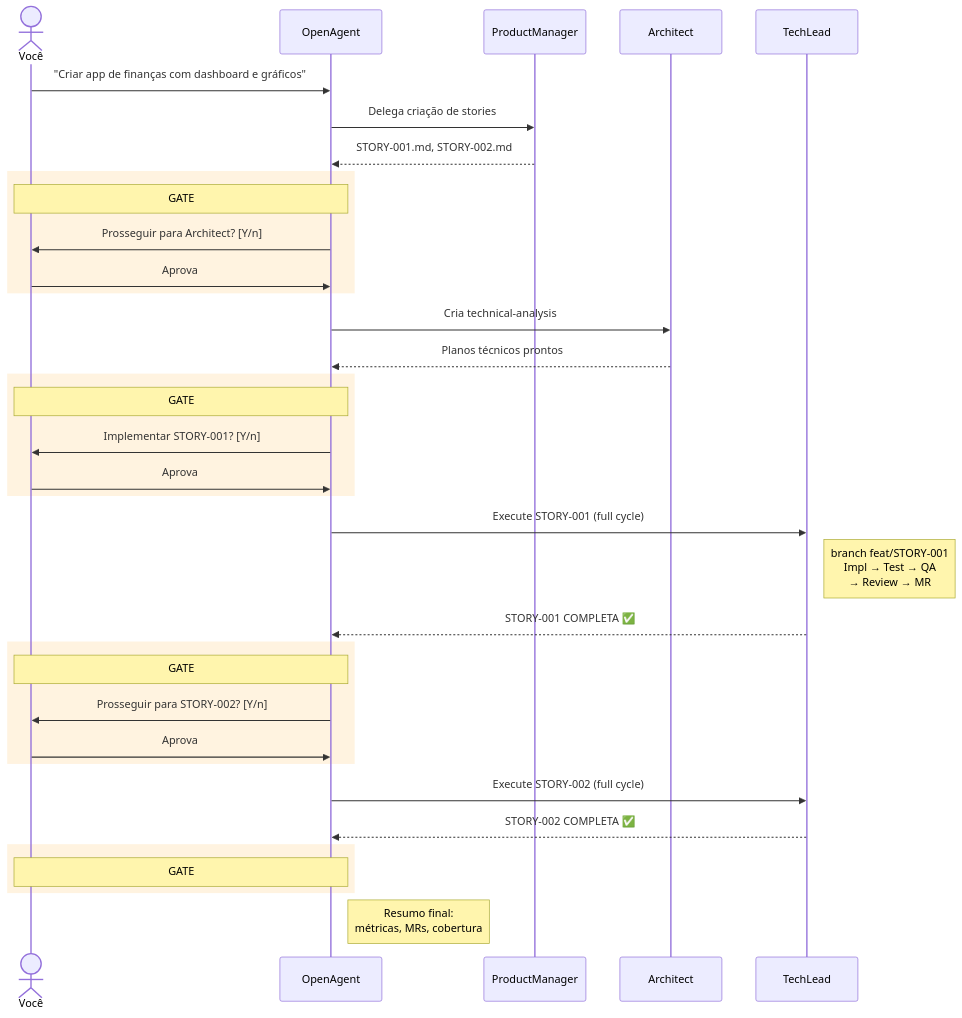
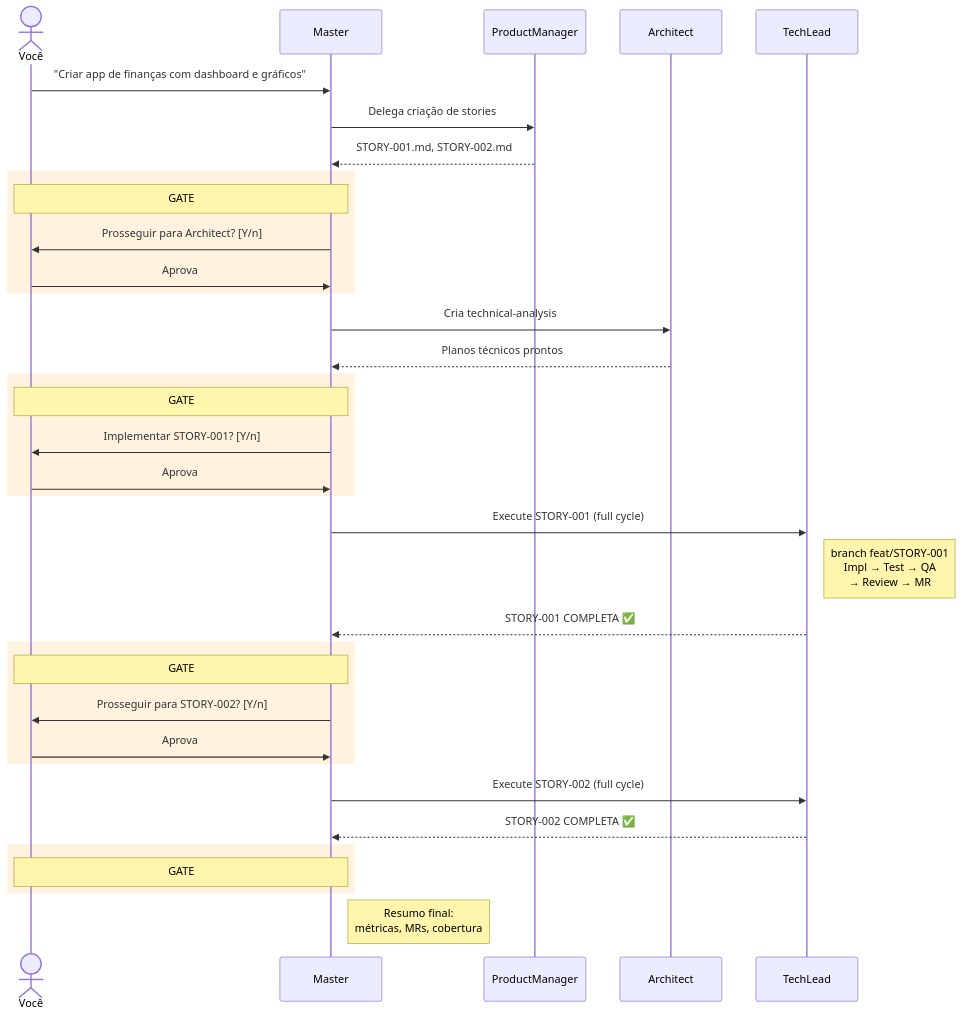
One commit to dgofreitas/opencode-workflow changed the third of 4 diagrams in QUICK_REFERENCE.md. Above: the diagram before and after it, drawn with Mermaid. The commit also changed other lines of this file and 28 other files, not shown here.

````diff
--- a/QUICK_REFERENCE.md
+++ b/QUICK_REFERENCE.md
@@ -103,46 +102,46 @@
 ```mermaid
 sequenceDiagram
     actor User as Você
-    participant OA as OpenAgent
+    participant OA as Master
     participant PM as ProductManager
     participant Arch as Architect
     participant TL as TechLead
 
     User->>OA: "Criar app de finanças com dashboard e gráficos"
     OA->>PM: Delega criação de stories
     PM-->>OA: STORY-001.md, STORY-002.md
 
     rect rgb(255, 243, 224)
         Note over User,OA: GATE #1 — Stories criadas
         OA->>User: Prosseguir para Architect? [Y/n]
         User->>OA: Aprova
     end
 
     OA->>Arch: Cria technical-analysis
     Arch-->>OA: Planos técnicos prontos
 
     rect rgb(255, 243, 224)
         Note over User,OA: GATE #2 — Plano técnico completo
         OA->>User: Implementar STORY-001? [Y/n]
         User->>OA: Aprova
     end
 
     OA->>TL: Execute STORY-001 (full cycle)
     Note right of TL: branch feat/STORY-001<br/>Impl → Test → QA<br/>→ Review → MR
     TL-->>OA: STORY-001 COMPLETA ✅
 
     rect rgb(255, 243, 224)
         Note over User,OA: GATE #3 — Story completa
         OA->>User: Prosseguir para STORY-002? [Y/n]
         User->>OA: Aprova
     end
 
     OA->>TL: Execute STORY-002 (full cycle)
     TL-->>OA: STORY-002 COMPLETA ✅
 
     rect rgb(255, 243, 224)
         Note over User,OA: GATE #3 — Todas finalizadas
     end
 
     Note right of OA: Resumo final:<br/>métricas, MRs, cobertura
 ```
````
